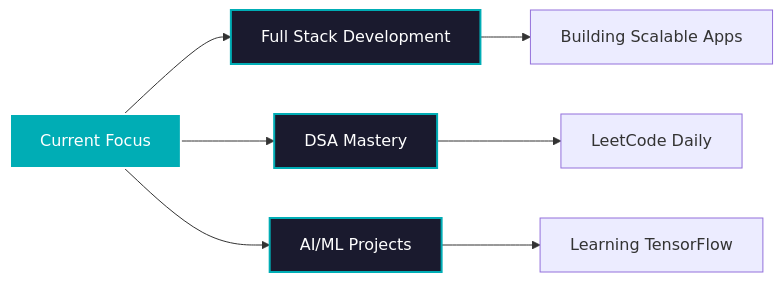
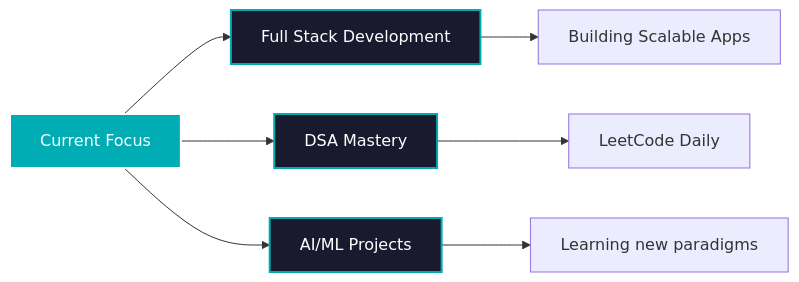
One commit to Code-Ph0enix/Code-Ph0enix changed the diagram in README.md. Above: the diagram before and after it, drawn with Mermaid. The commit also changed other lines of this file, not shown here.

````diff
--- a/README.md
+++ b/README.md
@@ -164,14 +216,14 @@
 ```mermaid
 graph LR
     A[Current Focus] --> B[Full Stack Development]
     A --> C[DSA Mastery]
     A --> D[AI/ML Projects]
     B --> E[Building Scalable Apps]
     C --> F[LeetCode Daily]
-    D --> G[Learning TensorFlow]
+    D --> G[Learning new paradigms]
     
     style A fill:#00ADB5,stroke:#fff,stroke-width:2px,color:#fff
     style B fill:#1a1a2e,stroke:#00ADB5,stroke-width:2px,color:#fff
     style C fill:#1a1a2e,stroke:#00ADB5,stroke-width:2px,color:#fff
     style D fill:#1a1a2e,stroke:#00ADB5,stroke-width:2px,color:#fff
 ```
````
